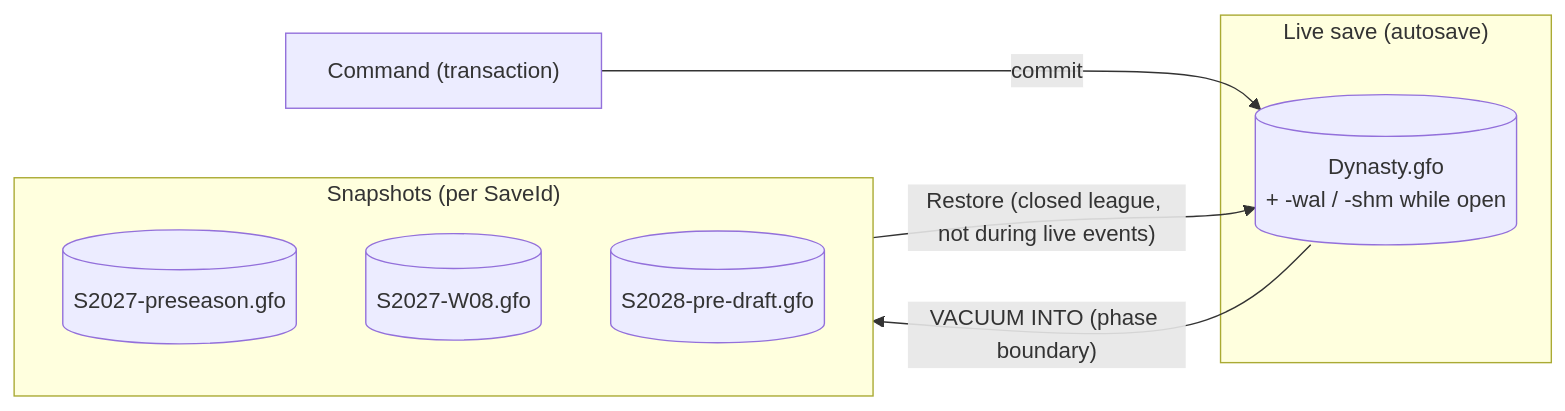
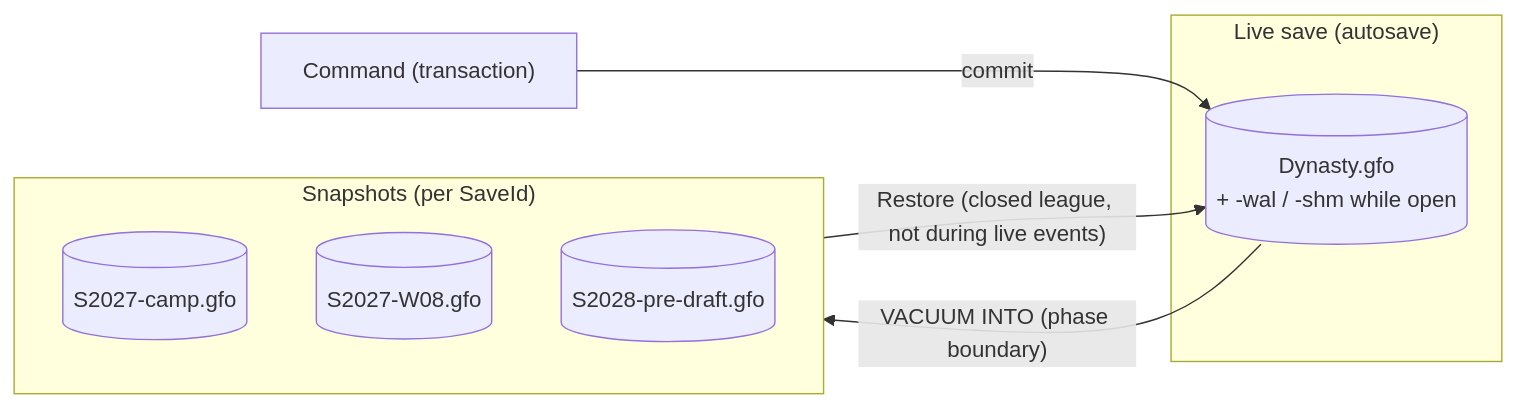
One commit to BenjaminGroseclose/Gridiron-Front-Office changed the first of 2 diagrams in docs/architecture/PERSISTENCE.md. Above: the diagram before and after it, drawn with Mermaid. The commit also changed other lines of this file and 15 other files, not shown here.

````diff
--- a/docs/architecture/PERSISTENCE.md
+++ b/docs/architecture/PERSISTENCE.md
@@ -23,14 +23,14 @@
 ```mermaid
 flowchart LR
     subgraph Live["Live save (autosave)"]
       DB[("Dynasty.gfo<br/>+ -wal / -shm while open")]
     end
     subgraph Snap["Snapshots (per SaveId)"]
-      S1[("S2027-preseason.gfo")]
+      S1[("S2027-camp.gfo")]
       S2[("S2027-W08.gfo")]
       S3[("S2028-pre-draft.gfo")]
     end
     Cmd["Command (transaction)"] -->|commit| DB
     DB -->|"VACUUM INTO (phase boundary)"| Snap
     Snap -->|"Restore (closed league, not during live events)"| DB
 ```
````
